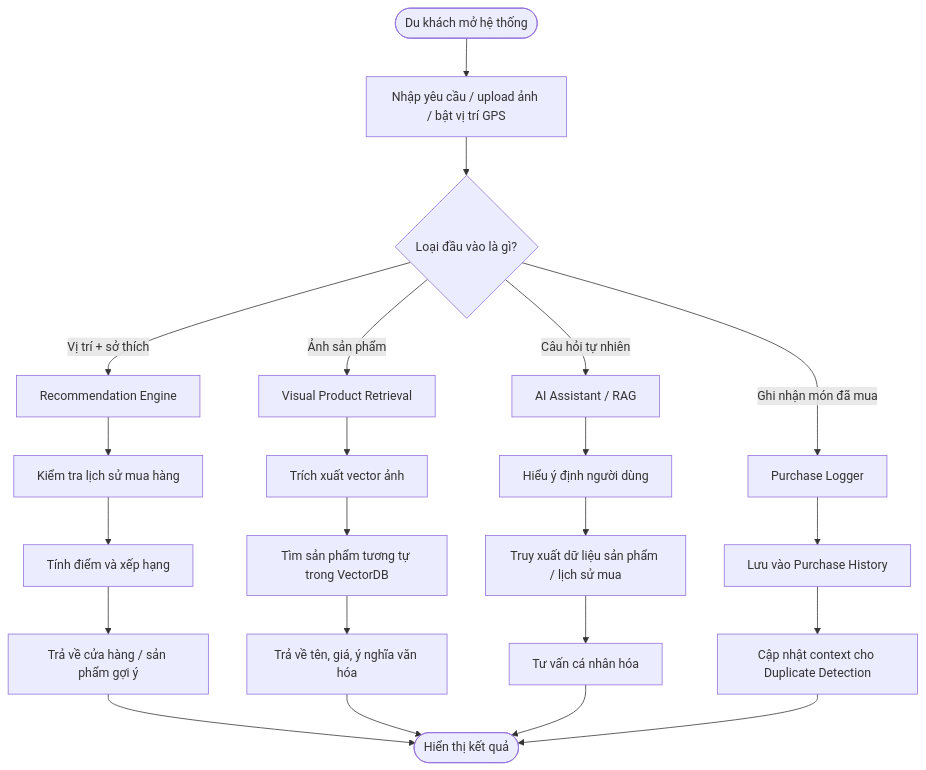
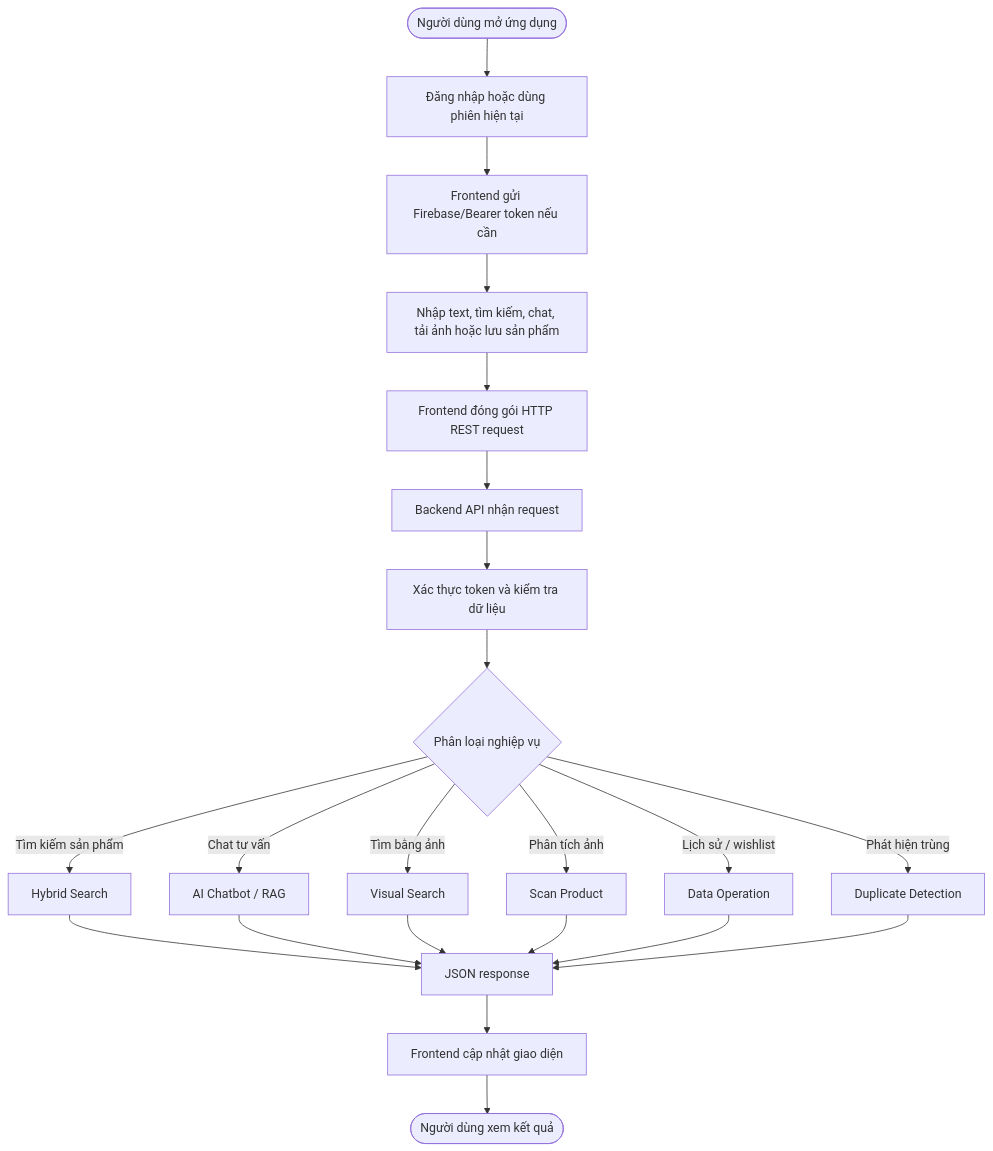
Before and after one commit to KhangDinh610/Smart-Travel-System-Project: the fourth of 8 diagrams in task_doc/Viet_representation.md, drawn with Mermaid. The commit also changed other lines of this file, not shown here.

Commit message:
Complete Viet_representation.md based on project graph report

````diff
--- a/task_doc/Viet_representation.md
+++ b/task_doc/Viet_representation.md
@@ -233,31 +283,27 @@
 ```mermaid
 flowchart TD
-    Start([Du khách mở hệ thống]) --> Input[Nhập yêu cầu / upload ảnh / bật vị trí GPS]
+    Start([Người dùng mở ứng dụng]) --> Login[Đăng nhập hoặc dùng phiên hiện tại]
+    Login --> Token[Frontend gửi Firebase/Bearer token nếu cần]
+    Token --> Input[Nhập text, tìm kiếm, chat, tải ảnh hoặc lưu sản phẩm]
+    Input --> Request[Frontend đóng gói HTTP REST request]
+    Request --> API[Backend API nhận request]
+    API --> Validate[Xác thực token và kiểm tra dữ liệu]
+    Validate --> Route{Phân loại nghiệp vụ}
 
-    Input --> CheckType{Loại đầu vào là gì?}
+    Route -->|Tìm kiếm sản phẩm| Search[Hybrid Search]
+    Route -->|Chat tư vấn| Chat[AI Chatbot / RAG]
+    Route -->|Tìm bằng ảnh| Visual[Visual Search]
+    Route -->|Phân tích ảnh| Scan[Scan Product]
+    Route -->|Lịch sử / wishlist| DataOps[Data Operation]
+    Route -->|Phát hiện trùng| Dup[Duplicate Detection]
 
-    CheckType -->|Vị trí + sở thích| Recommend[Recommendation Engine]
-    CheckType -->|Ảnh sản phẩm| Visual[Visual Product Retrieval]
-    CheckType -->|Câu hỏi tự nhiên| Chatbot[AI Assistant / RAG]
-    CheckType -->|Ghi nhận món đã mua| Logger[Purchase Logger]
+    Search --> Result[JSON response]
+    Chat --> Result
+    Visual --> Result
+    Scan --> Result
+    DataOps --> Result
+    Dup --> Result
 
-    Recommend --> Filter[Kiểm tra lịch sử mua hàng]
-    Filter --> Score[Tính điểm và xếp hạng]
-    Score --> Result1[Trả về cửa hàng / sản phẩm gợi ý]
-
-    Visual --> Embed[Trích xuất vector ảnh]
-    Embed --> Search[Tìm sản phẩm tương tự trong VectorDB]
-    Search --> Result2[Trả về tên, giá, ý nghĩa văn hóa]
-
-    Chatbot --> Intent[Hiểu ý định người dùng]
-    Intent --> Retrieve[Truy xuất dữ liệu sản phẩm / lịch sử mua]
-    Retrieve --> Result3[Tư vấn cá nhân hóa]
-
-    Logger --> Save[ Lưu vào Purchase History ]
-    Save --> UpdateContext[Cập nhật context cho Duplicate Detection]
-
-    Result1 --> End([Hiển thị kết quả])
-    Result2 --> End
-    Result3 --> End
-    UpdateContext --> End
+    Result --> UI[Frontend cập nhật giao diện]
+    UI --> End([Người dùng xem kết quả])
 ```
````
